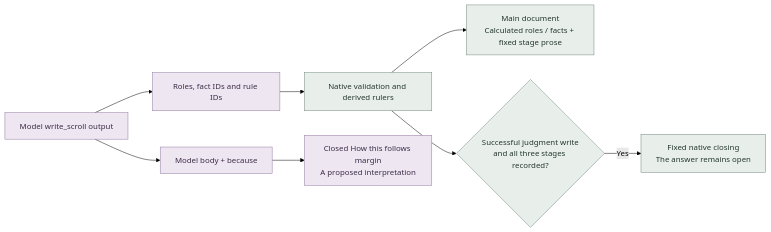
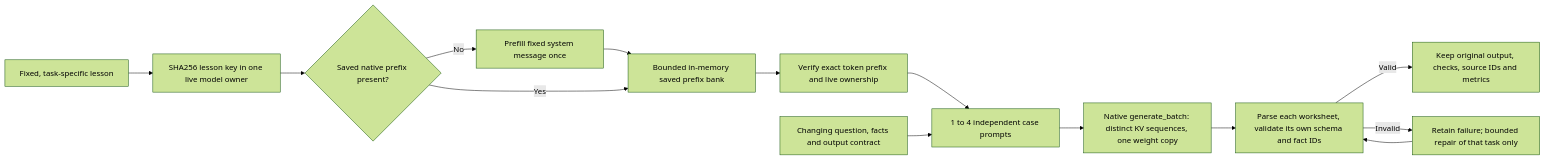
Before and after one commit to delysis/horary-web: the third of 3 diagrams in docs/LLM_PROCESS.md, drawn with Mermaid (forest theme). The commit also changed other lines of this file and 52 other files, not shown here.

Commit message:
Teach and batch source-grounded horary tasks with reversible readings

````diff
--- a/docs/LLM_PROCESS.md
+++ b/docs/LLM_PROCESS.md
@@ -145,14 +99,16 @@
 ```mermaid
 flowchart LR
-  write["Model write_scroll output"] --> selected["Roles, fact IDs and rule IDs"]
-  selected --> validate["Native validation and derived rulers"]
-  write --> prose["Model body + because"]
-  validate --> main["Main document<br/>Calculated roles / facts + fixed stage prose"]
-  prose --> margin["Closed How this follows margin<br/>A proposed interpretation"]
-  validate --> all{"Successful judgment write<br/>and all three stages recorded?"}
-  all -->|Yes| closing["Fixed native closing<br/>The answer remains open"]
-  classDef rust fill:#e8efeb,stroke:#73877d,color:#25372c
-  classDef model fill:#eee7f2,stroke:#90789f,color:#3c2b46
-  class validate,main,all,closing rust
-  class write,selected,prose,margin model
+  fixed["Fixed, task-specific lesson"] --> key["SHA256 lesson key in one live model owner"]
+  key --> hit{"Saved native prefix present?"}
+  hit -->|No| prefill["Prefill fixed system message once"]
+  prefill --> bank["Bounded in-memory saved prefix bank"]
+  hit -->|Yes| bank
+  bank --> verify["Verify exact token prefix and live ownership"]
+  verify --> tasks["1 to 4 independent case prompts"]
+  changing["Changing question, facts and output contract"] --> tasks
+  tasks --> batch["Native generate_batch: distinct KV sequences, one weight copy"]
+  batch --> check["Parse each worksheet, validate its own schema and fact IDs"]
+  check -->|Valid| receipt["Keep original output, checks, source IDs and metrics"]
+  check -->|Invalid| repair["Retain failure; bounded repair of that task only"]
+  repair --> check
 ```
````
